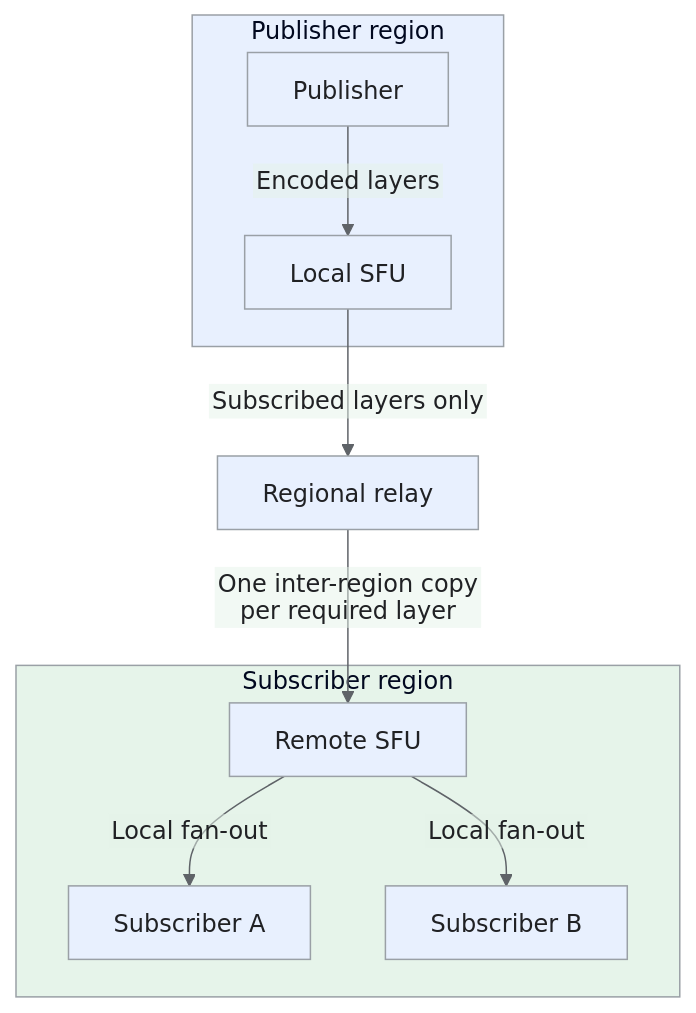
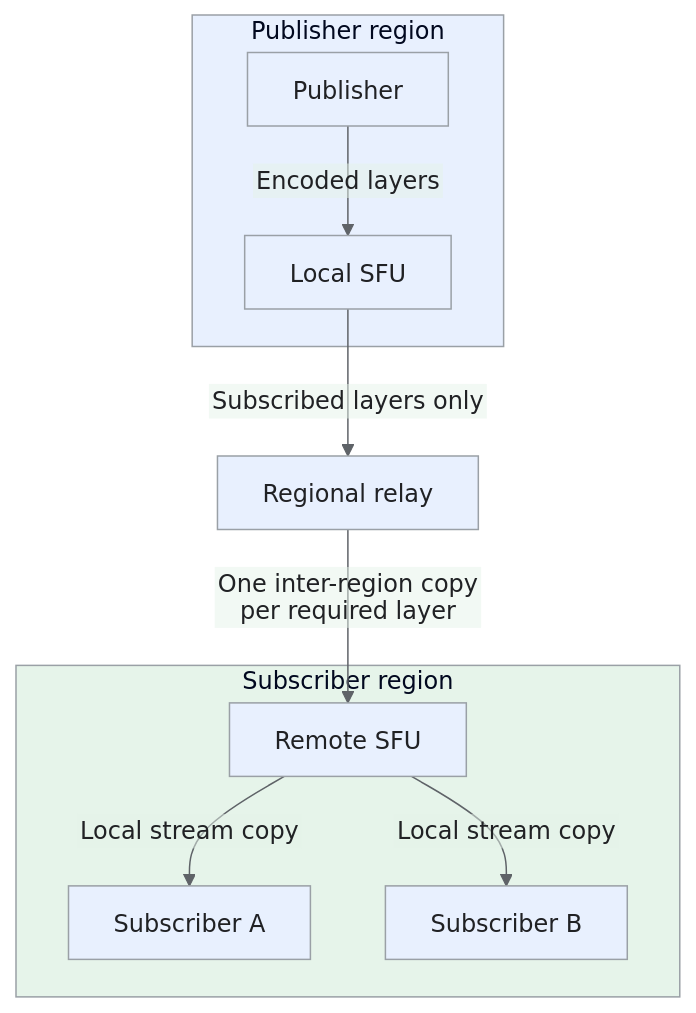
Before and after one commit to iliazlobin/iliazlobin.github.io: the sixth of 7 diagrams in _designs/system-design-video-conferencing-zoom.md, drawn with Mermaid. The commit also changed other lines of this file and 4 other files, not shown here.

Commit message:
docs: verify Zoom concept introductions and readable flows

````diff
--- a/_designs/system-design-video-conferencing-zoom.md
+++ b/_designs/system-design-video-conferencing-zoom.md
@@ -393,20 +393,20 @@
 ```mermaid
 %%{init: {'theme':'base','htmlLabels':false,'flowchart':{'htmlLabels':false},'themeVariables':{'fontFamily':'Arial, sans-serif','primaryColor':'#e8f0fe','primaryTextColor':'#202124','primaryBorderColor':'#9aa0a6','lineColor':'#5f6368','secondaryColor':'#e6f4ea','tertiaryColor':'#fef7e0','actorBkg':'#e8f0fe','actorBorder':'#9aa0a6','actorTextColor':'#202124','noteBkgColor':'#fef7e0','noteTextColor':'#202124','noteBorderColor':'#9aa0a6','signalColor':'#5f6368','signalTextColor':'#202124','labelBoxBkgColor':'#fef7e0','labelBoxBorderColor':'#9aa0a6'}}}%%
 flowchart TB
   subgraph LOCAL["Publisher region"]
     P["Publisher"] -->|"Encoded layers"| L["Local SFU"]
   end
   L -->|"Subscribed layers only"| X["Regional relay"]
   subgraph REMOTE["Subscriber region"]
-    R["Remote SFU"] -->|"Local fan-out"| A["Subscriber A"]
-    R -->|"Local fan-out"| B["Subscriber B"]
+    R["Remote SFU"] -->|"Local stream copy"| A["Subscriber A"]
+    R -->|"Local stream copy"| B["Subscriber B"]
   end
   X -->|"One inter-region copy per required layer"| R
   style LOCAL fill:#e8f0fe,stroke:#9aa0a6,color:#202124
   style REMOTE fill:#e6f4ea,stroke:#9aa0a6,color:#202124
 classDef request fill:#e8f0fe,stroke:#9aa0a6,color:#202124;
 classDef data fill:#e6f4ea,stroke:#9aa0a6,color:#202124;
 classDef control fill:#fef7e0,stroke:#9aa0a6,color:#202124;
 classDef danger fill:#fce8e6,stroke:#9aa0a6,color:#202124;
 class P,L,X,R,A,B request;
 ```
````
